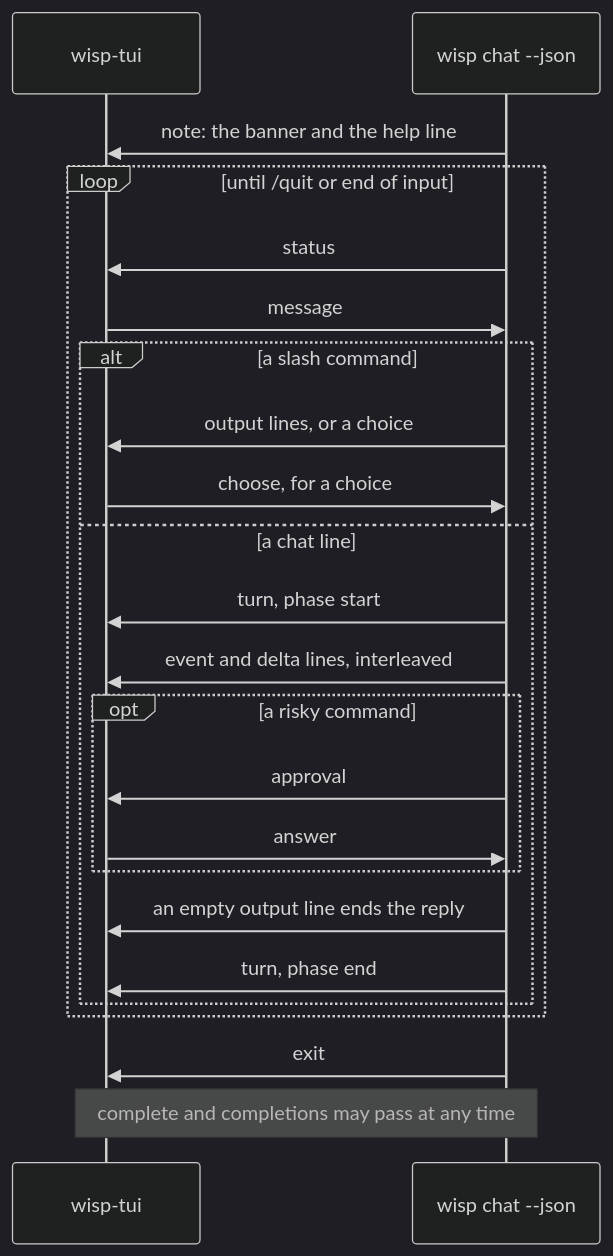
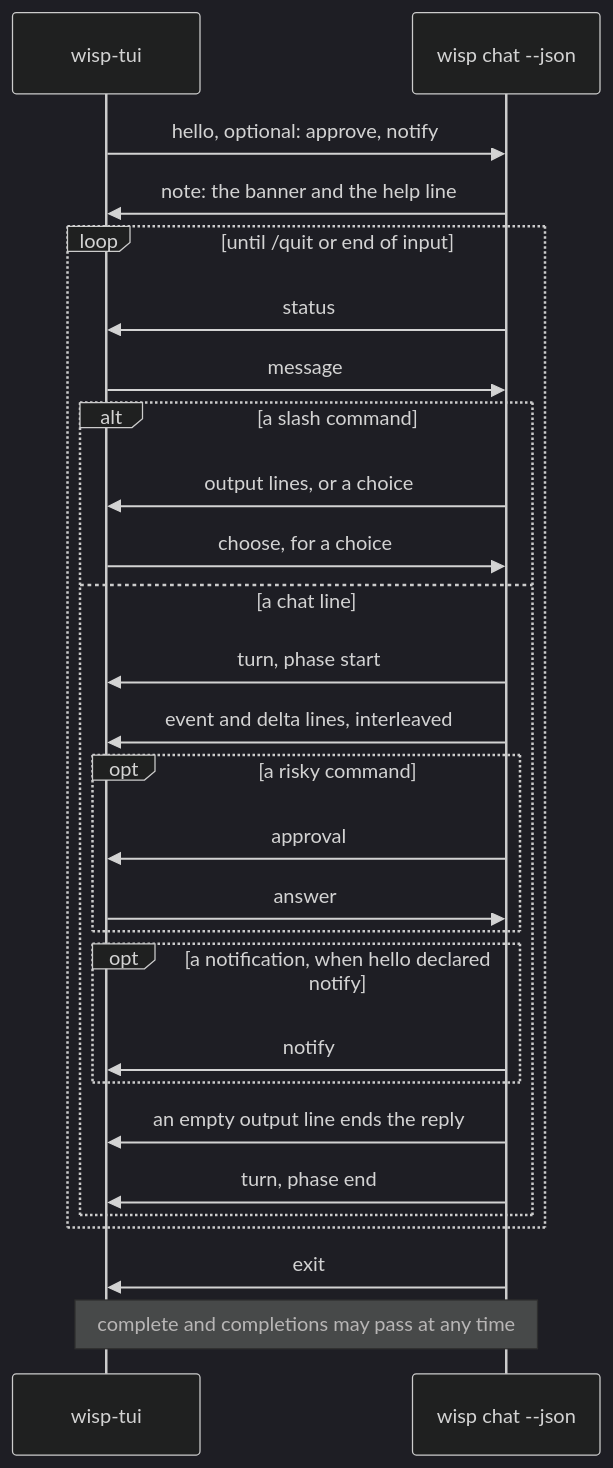
The diagram in docs/wisp.md (pidster/wisp), drawn with Mermaid (dark theme) before and after one commit. The commit also changed other lines of this file and 36 other files, not shown here.

````diff
--- a/docs/wisp.md
+++ b/docs/wisp.md
@@ -259,25 +268,29 @@
 ```mermaid
 sequenceDiagram
     participant tui as wisp-tui
     participant wisp as wisp chat --json
+    tui->>wisp: hello, optional: approve, notify
     wisp->>tui: note: the banner and the help line
     loop until /quit or end of input
         wisp->>tui: status
         tui->>wisp: message
         alt a slash command
             wisp->>tui: output lines, or a choice
             tui->>wisp: choose, for a choice
         else a chat line
             wisp->>tui: turn, phase start
             wisp->>tui: event and delta lines, interleaved
             opt a risky command
                 wisp->>tui: approval
                 tui->>wisp: answer
             end
+            opt a notification, when hello declared notify
+                wisp->>tui: notify
+            end
             wisp->>tui: an empty output line ends the reply
             wisp->>tui: turn, phase end
         end
     end
     wisp->>tui: exit
     Note over tui,wisp: complete and completions may pass at any time
 ```
````
